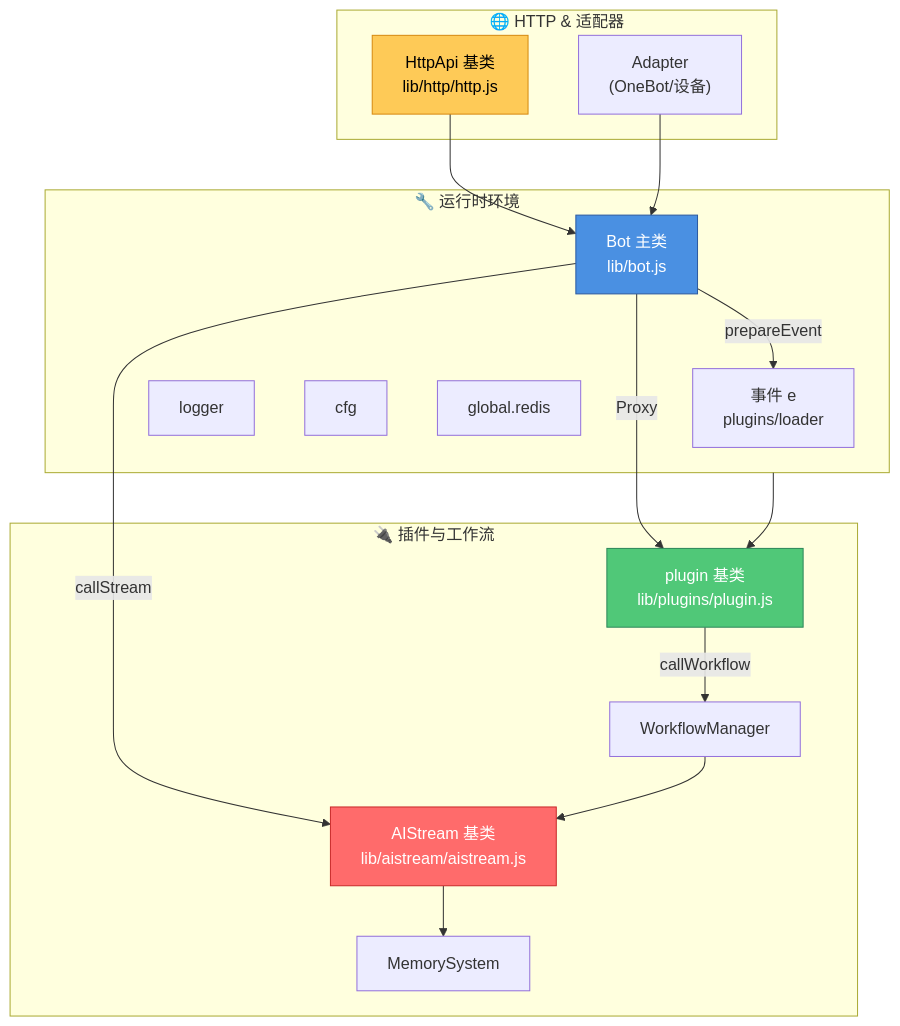
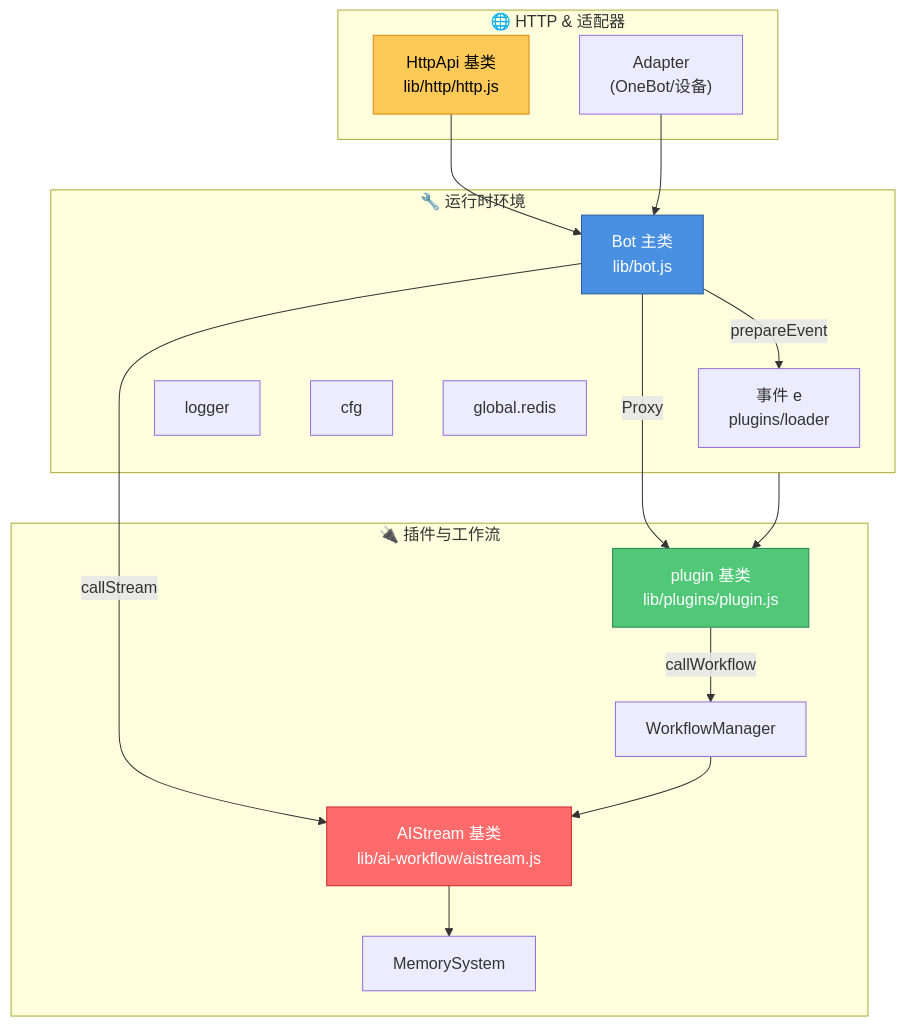
The diagram in docs/overview/DEVELOPER_HUB.md (sunflowermm/XRK-Yunzai), drawn with Mermaid before and after one commit. The commit also changed other lines of this file and 241 other files, not shown here.

````diff
--- a/docs/overview/DEVELOPER_HUB.md
+++ b/docs/overview/DEVELOPER_HUB.md
@@ -17,37 +17,37 @@
 ```mermaid
 flowchart TB
     subgraph Runtime["🔧 运行时环境"]
         Bot["Bot 主类<br/>lib/bot.js"]
         Event["事件 e<br/>plugins/loader"]
         Logger["logger"]
         Cfg["cfg"]
         Redis["global.redis"]
     end
 
     subgraph Plugins["🔌 插件与工作流"]
         PluginBase["plugin 基类<br/>lib/plugins/plugin.js"]
-        WorkflowBase["AIStream 基类<br/>lib/aistream/aistream.js"]
+        WorkflowBase["AIStream 基类<br/>lib/ai-workflow/aistream.js"]
         WorkflowManager["WorkflowManager"]
         MemorySystem["MemorySystem"]
     end
 
     subgraph HTTP["🌐 HTTP & 适配器"]
         HttpApi["HttpApi 基类<br/>lib/http/http.js"]
         Adapter["Adapter<br/>(OneBot/设备)"]
     end
 
     Bot -->|prepareEvent| Event
     Bot -->|Proxy| PluginBase
     Bot -->|callStream| WorkflowBase
     PluginBase -->|callWorkflow| WorkflowManager
     WorkflowManager --> WorkflowBase
     WorkflowBase --> MemorySystem
     HttpApi --> Bot
     Adapter --> Bot
     Runtime --> PluginBase
     
     style Bot fill:#4a90e2,stroke:#2c5aa0,color:#fff
     style PluginBase fill:#50c878,stroke:#2d8659,color:#fff
     style WorkflowBase fill:#ff6b6b,stroke:#c92a2a,color:#fff
     style HttpApi fill:#feca57,stroke:#d68910,color:#000
 ```
````
